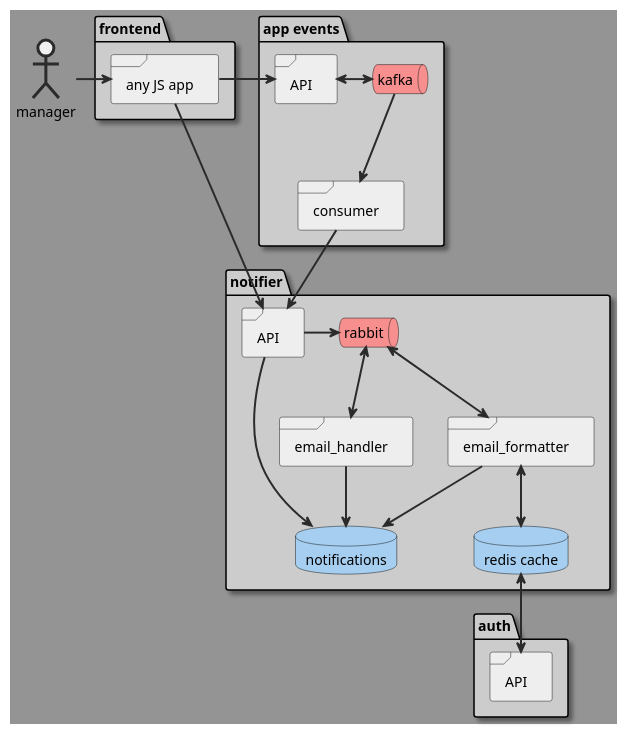
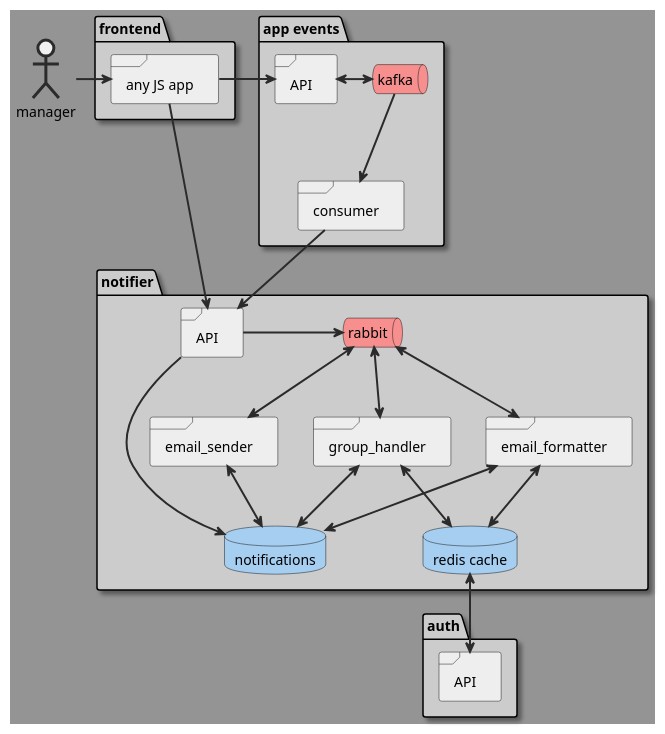
The diagram in scheme/maybe.puml (YanPonomarevMP/notifications_sprint_1), drawn with PlantUML before and after one commit. The commit also changed 2 other files, not shown here.

Commit message:
Доработали БД, добавив поле passed_to_handler_at + измениили чуток архитектуру приложения
Добавили дополнительный сервис, отвечающий за генерирование отдельных месаг из группы.

PS:
Пока только во сне (PlantUML)

```diff
--- a/scheme/maybe.puml
+++ b/scheme/maybe.puml
@@ -1,90 +1,96 @@
 @startuml
 
 <style>
     package {
         backgroundcolor #CCC
         Shadowing 1
     }
     document {
         backgroundcolor #949494
     }
     frame {
         backgroundcolor #EEE
     }
     database {
         backgroundcolor #A5CEF0
     }
     queue {
         backgroundcolor #F78F8F
     }
     actor {
         linethickness 3
         linecolor #2B2B2B
     }
     arrow {
         linethickness 2
         linecolor #2B2B2B
     }
     folder {
         backgroundcolor #FFCD73
     }
 </style>
 
 package "notifier" {
     frame notifier_api as "API" {
     }
     frame notifier_formatter as "email_formatter" {
     }
-    frame notifier_email_handler as "email_handler" {
+    frame notifier_email_sender as "email_sender" {
+    }
+    frame notifier_group_handler as "group_handler" {
     }
     database notifier_postgres as "notifications" {
     }
     database notifier_cache as "redis cache" {
     }
     queue notifier_queue as "rabbit" {
     }
 }
 
 package events as "app events" {
     frame events_api as "API" {
     }
     queue events_kafka as "kafka" {
     }
     frame notifier_to_events_consumer as "consumer" {
     }
 }
 
 package "auth" {
     frame auth_api as "API" {
     }
 }
 
 package "frontend" {
     frame frontend_app as "any JS app" {
     }
 }
 
 actor notifier_user as "manager"
 
 events_kafka --> notifier_to_events_consumer
 notifier_to_events_consumer --> notifier_api
 
 notifier_user -right-> frontend_app
 frontend_app ---> notifier_api
 frontend_app -right-> events_api
 events_api <-right-> events_kafka
 
 notifier_api -right-> notifier_postgres
 notifier_api -right-> notifier_queue
 
 notifier_formatter <-up-> notifier_queue
-notifier_email_handler <-up-> notifier_queue
+notifier_email_sender <-up-> notifier_queue
 
 notifier_formatter <-down-> notifier_cache
-notifier_cache <-down-> auth_api
-notifier_formatter -right-> notifier_postgres
-notifier_email_handler --> notifier_postgres
+notifier_cache <--> auth_api
+notifier_formatter <-right-> notifier_postgres
+notifier_email_sender <--> notifier_postgres
+
+notifier_group_handler <-down-> notifier_cache
+notifier_group_handler <-up-> notifier_queue
+notifier_group_handler <-down-> notifier_postgres
 
 'note right of notifier_formatter : aaa
 
 @enduml
```
